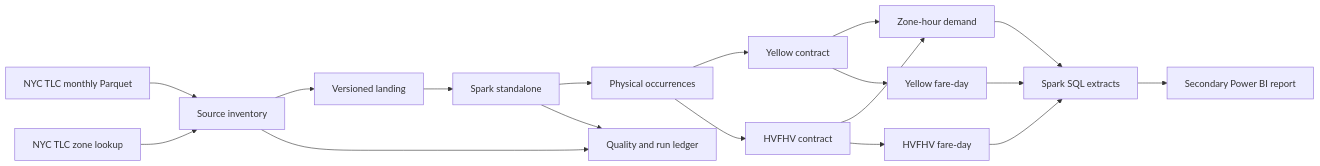
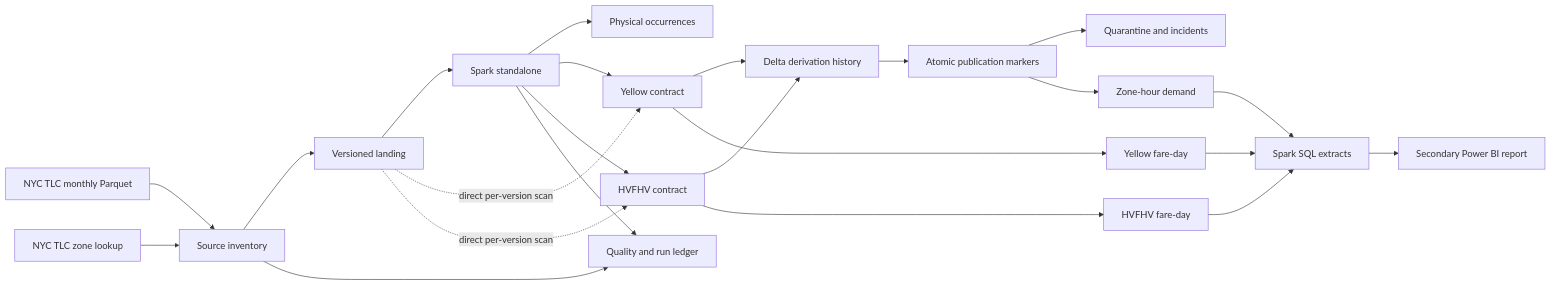
One commit to alpastorvillar-design/fareline changed the diagram in docs/architecture.md. Above: the diagram before and after it, drawn with Mermaid. The commit also changed other lines of this file and 31 other files, not shown here.

````diff
--- a/docs/architecture.md
+++ b/docs/architecture.md
@@ -9,20 +9,25 @@
 ```mermaid
 flowchart LR
     A[NYC TLC monthly Parquet] --> B[Source inventory]
     Z[NYC TLC zone lookup] --> B
     B --> C[Versioned landing]
     C --> D[Spark standalone]
     D --> E[Physical occurrences]
-    E --> F[Yellow contract]
-    E --> G[HVFHV contract]
-    F --> H[Zone-hour demand]
-    G --> H
+    D --> F[Yellow contract]
+    D --> G[HVFHV contract]
+    C -. direct per-version scan .-> F
+    C -. direct per-version scan .-> G
+    F --> T[Delta derivation history]
+    G --> T
+    T --> P[Atomic publication markers]
+    P --> Q[Quarantine and incidents]
+    P --> H[Zone-hour demand]
     F --> I[Yellow fare-day]
     G --> J[HVFHV fare-day]
     B --> K[Quality and run ledger]
     D --> K
     H --> L[Spark SQL extracts]
     I --> L
     J --> L
     L --> M[Secondary Power BI report]
 ```
````
